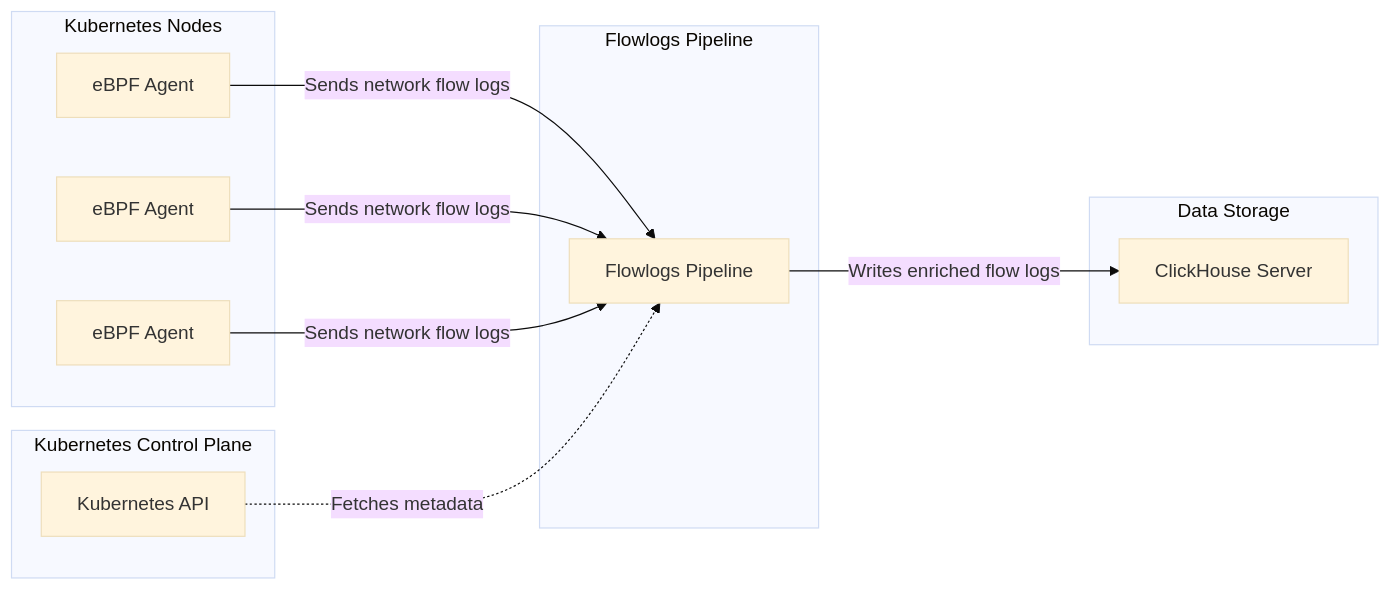
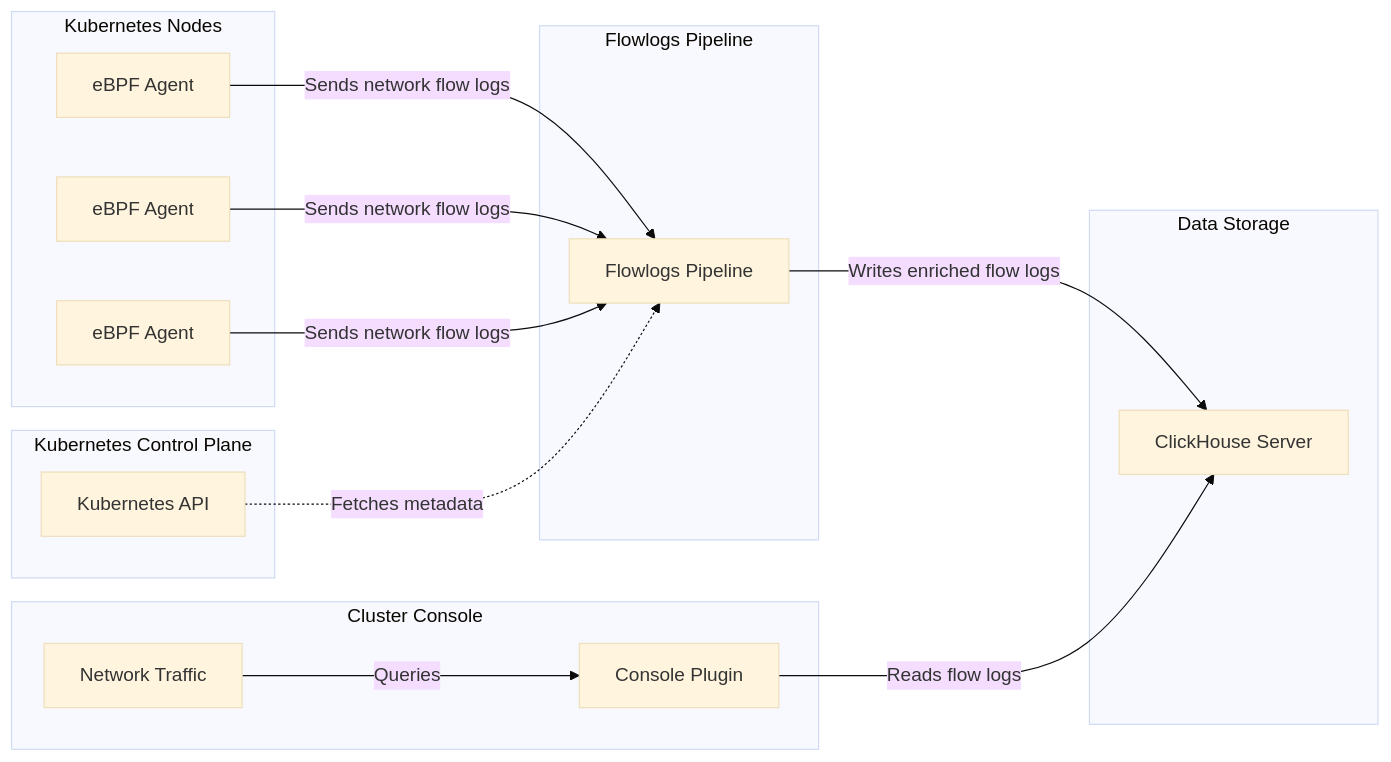
The first of 2 diagrams in docs/en/overview/introduction.mdx (alauda/network-observability-operator-docs), drawn with Mermaid (base theme) before and after one commit. The commit also changed other lines of this file and 2 other files, not shown here.

First line of the commit message:
docs: add console Network Traffic usage guide

````diff
--- a/docs/en/overview/introduction.mdx
+++ b/docs/en/overview/introduction.mdx
@@ -52,26 +56,33 @@
 ```mermaid
 flowchart LR
     subgraph Nodes[Kubernetes Nodes]
         A1[eBPF Agent]
         A2[eBPF Agent]
         A3[eBPF Agent]
     end
 
     subgraph Pipeline[Flowlogs Pipeline]
         P[Flowlogs Pipeline]
     end
 
     subgraph Storage[Data Storage]
         CH[ClickHouse Server]
     end
 
+    subgraph Console[Cluster Console]
+        UI[Network Traffic]
+        Plugin[Console Plugin]
+    end
+
     subgraph K8s[Kubernetes Control Plane]
         API[Kubernetes API]
     end
 
     A1 -->|Sends network flow logs| P
     A2 -->|Sends network flow logs| P
     A3 -->|Sends network flow logs| P
     API -.->|Fetches metadata| P
     P -->|Writes enriched flow logs| CH
+    UI -->|Queries| Plugin
+    Plugin -->|Reads flow logs| CH
 ```
````
